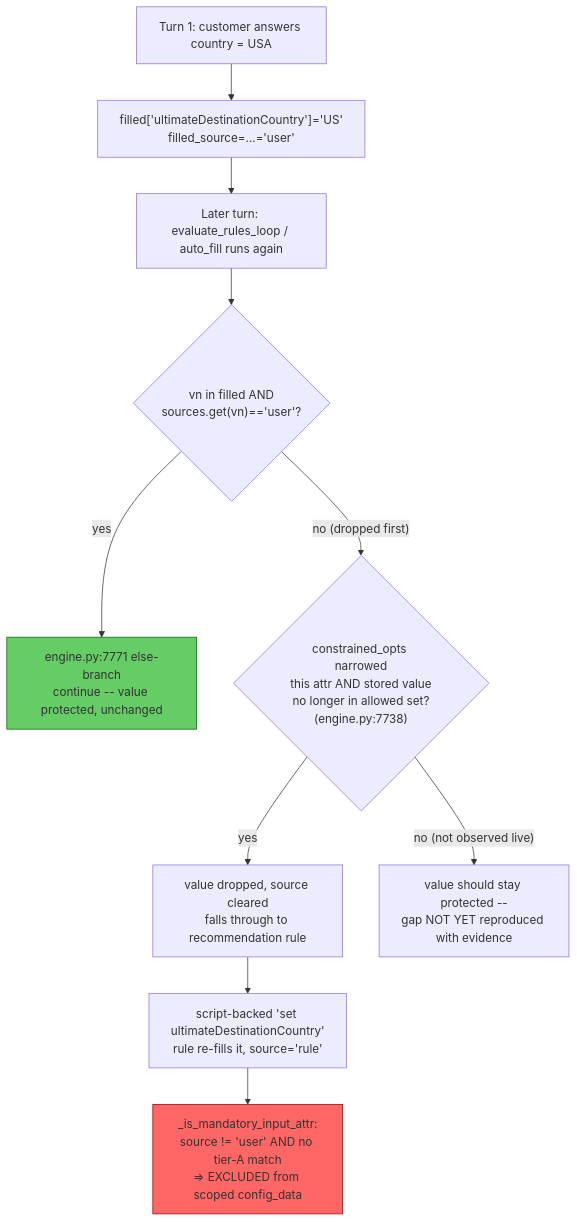
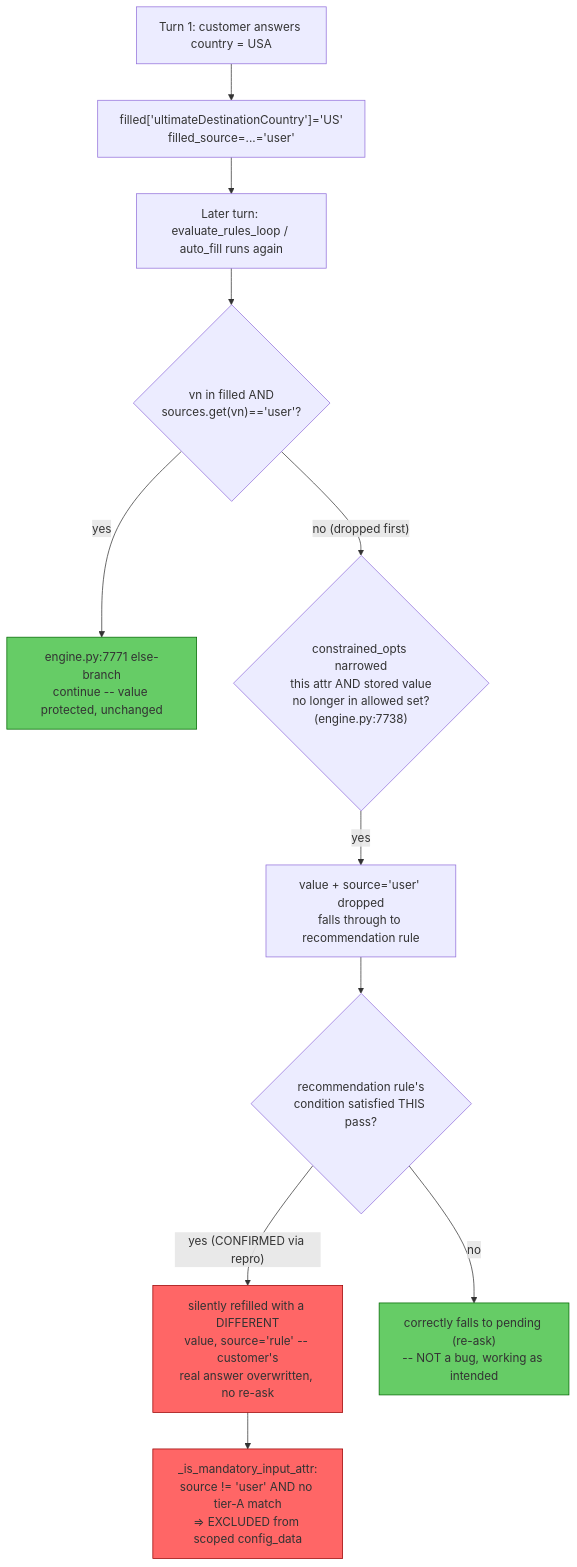
Before and after one commit to Giggso-Inc/aryx: the second of 4 diagrams in docs/CPQ_MULTISELECT_AUTOFILL_AND_COUNTRY_CONFIGDATA_PLAN_2026_08_18.md, drawn with Mermaid. The commit also changed other lines of this file and 2 other files, not shown here.

First line of the commit message:
fix(cpq): stop decision-anchor values from being silently overwritten after a constraint drop

````diff
--- a/docs/CPQ_MULTISELECT_AUTOFILL_AND_COUNTRY_CONFIGDATA_PLAN_2026_08_18.md
+++ b/docs/CPQ_MULTISELECT_AUTOFILL_AND_COUNTRY_CONFIGDATA_PLAN_2026_08_18.md
@@ -112,14 +127,17 @@
 ```mermaid
 flowchart TD
     A["Turn 1: customer answers country = USA"] --> B["filled['ultimateDestinationCountry']='US'\nfilled_source=...='user'"]
     B --> C["Later turn: evaluate_rules_loop / auto_fill runs again"]
     C --> D{"vn in filled AND\nsources.get(vn)=='user'?"}
     D -- yes --> E["engine.py:7771 else-branch\ncontinue -- value protected, unchanged"]
     D -- "no (dropped first)" --> F{"constrained_opts narrowed\nthis attr AND stored value\nno longer in allowed set?\n(engine.py:7738)"}
-    F -- yes --> G["value dropped, source cleared\nfalls through to recommendation rule"]
-    G --> H["script-backed 'set ultimateDestinationCountry'\nrule re-fills it, source='rule'"]
-    H --> I["_is_mandatory_input_attr:\nsource != 'user' AND no tier-A match\n=> EXCLUDED from scoped config_data"]
-    F -- "no (not observed live)" --> J["value should stay protected --\ngap NOT YET reproduced with evidence"]
+    F -- yes --> G["value + source='user' dropped\nfalls through to recommendation rule"]
+    G --> H{"recommendation rule's\ncondition satisfied THIS pass?"}
+    H -- "yes (CONFIRMED via repro)" --> I["silently refilled with a DIFFERENT\nvalue, source='rule' -- customer's\nreal answer overwritten, no re-ask"]
+    I --> J["_is_mandatory_input_attr:\nsource != 'user' AND no tier-A match\n=> EXCLUDED from scoped config_data"]
+    H -- no --> K["correctly falls to pending (re-ask)\n-- NOT a bug, working as intended"]
     style I fill:#f66,stroke:#900
+    style J fill:#f66,stroke:#900
     style E fill:#6c6,stroke:#060
+    style K fill:#6c6,stroke:#060
 ```
````
